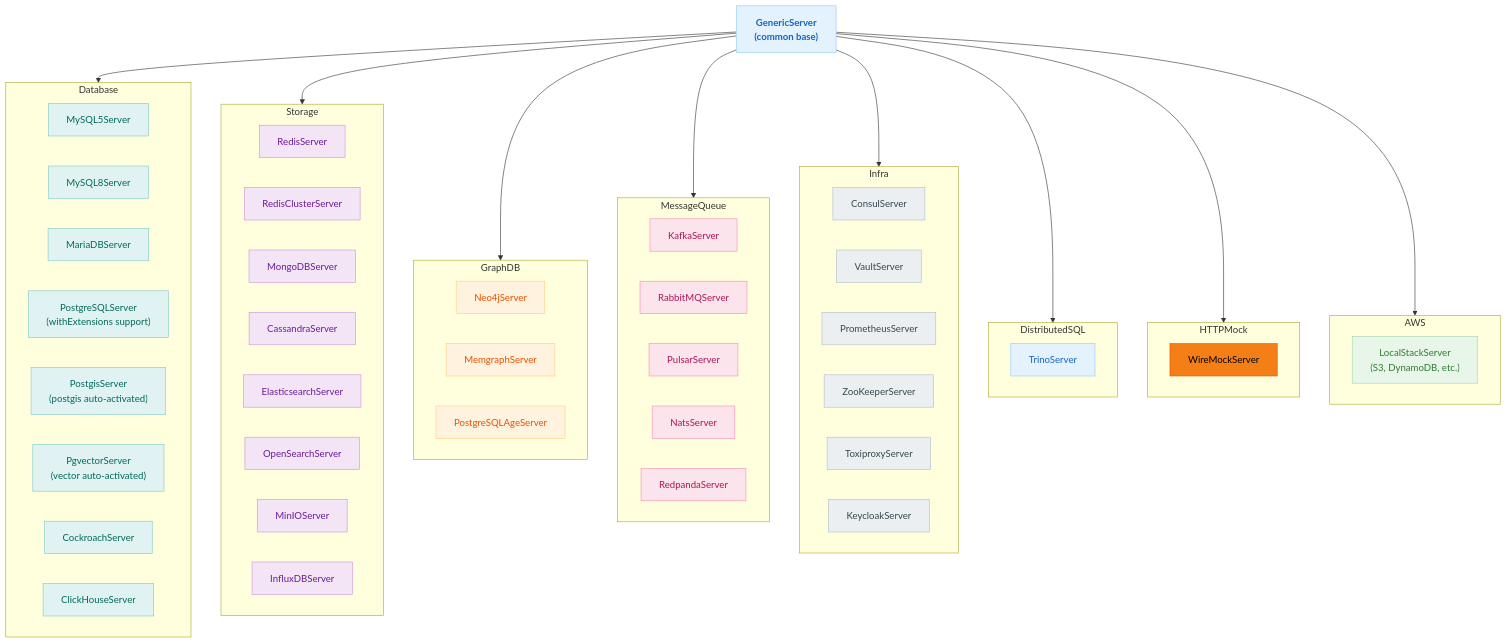
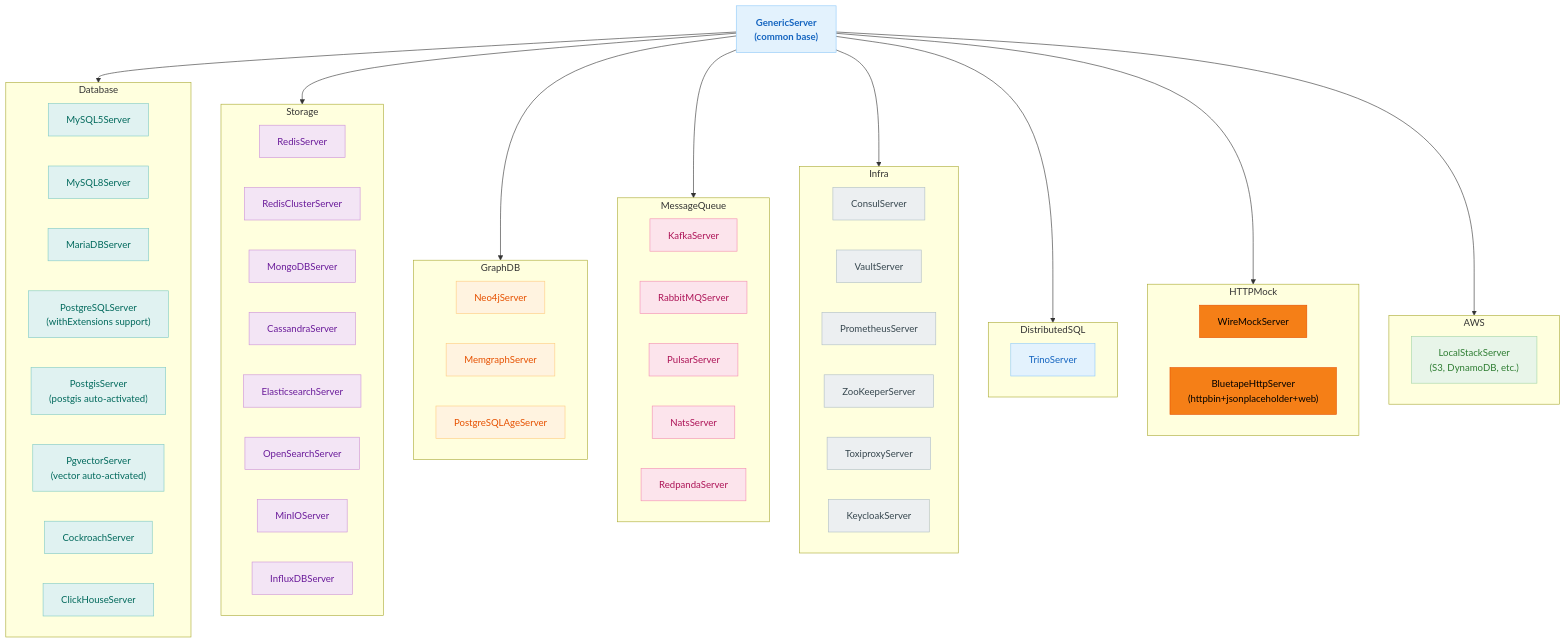
Before and after one commit to bluetape4k/bluetape4k-projects: the third of 4 diagrams in testing/testcontainers/README.md, drawn with Mermaid. The commit also changed other lines of this file and 99 other files, not shown here.

First line of the commit message:
feat: bluetape4k-mock-server 구현 및 BOM 계층 정리

````diff
--- a/testing/testcontainers/README.md
+++ b/testing/testcontainers/README.md
@@ -147,6 +155,7 @@
 
     subgraph HTTPMock
         WM["WireMockServer"]
+        BHS["BluetapeHttpServer\n(httpbin+jsonplaceholder+web)"]
     end
 
     subgraph AWS
@@ -179,6 +188,6 @@
     class KF,RB,PL,NT,RP mqStyle
     class CN,VT,PR,ZK,TX,KC infraStyle
     class TR sqlStyle
-    class WM mockStyle
+    class WM,BHS mockStyle
     class LS awsStyle
 ```
````
